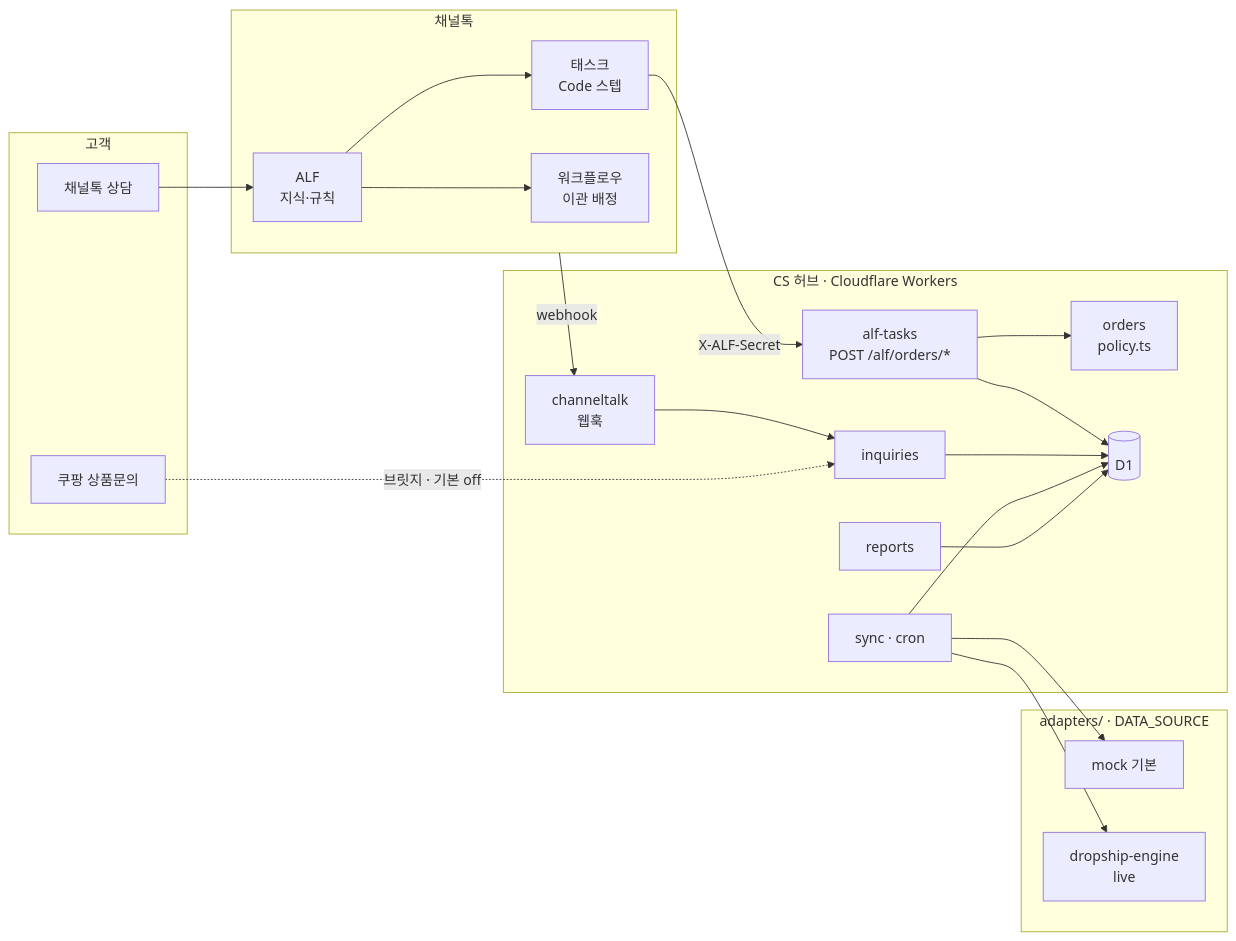
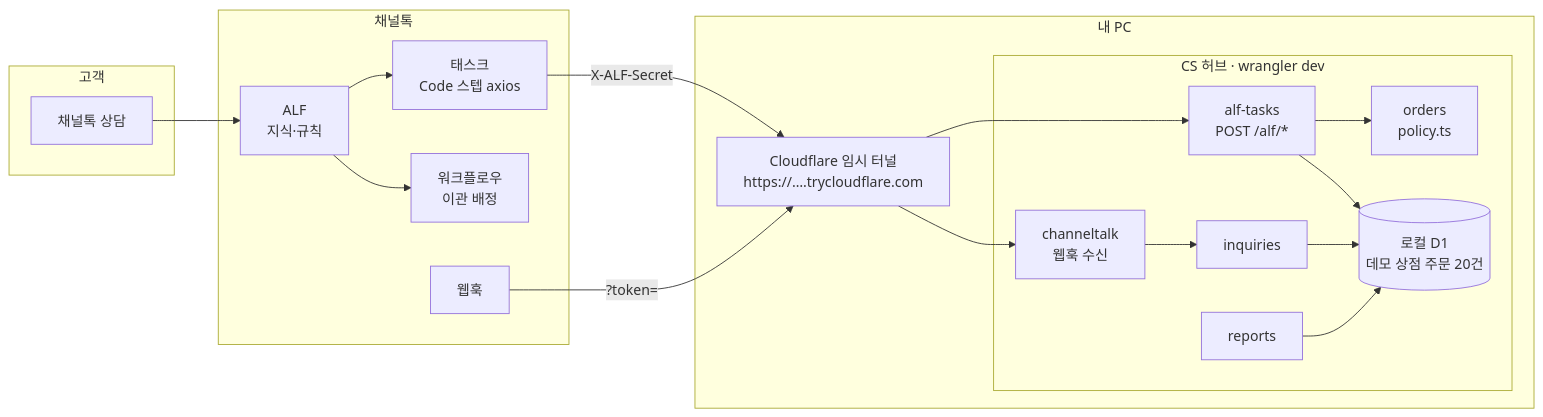
The first of 2 diagrams in README.md (lirongzzuin/ssokgolla-cs-hub), drawn with Mermaid before and after one commit. The commit also changed other lines of this file and 5 other files, not shown here.

````diff
--- a/README.md
+++ b/README.md
@@ -27,33 +30,28 @@
 ```mermaid
 flowchart LR
   subgraph Customer[고객]
     C1[채널톡 상담]
-    C2[쿠팡 상품문의]
   end
   subgraph ChannelTalk[채널톡]
     ALF[ALF<br/>지식·규칙]
-    TASK[태스크<br/>Code 스텝]
+    TASK[태스크<br/>Code 스텝 axios]
     WF[워크플로우<br/>이관 배정]
+    HOOK[웹훅]
   end
-  subgraph Hub[CS 허브 · Cloudflare Workers]
-    ALFAPI[alf-tasks<br/>POST /alf/orders/*]
-    WH[channeltalk<br/>웹훅]
-    POL[orders<br/>policy.ts]
-    INQ[inquiries]
-    REP[reports]
-    SYNC[sync · cron]
-    D1[(D1)]
+  subgraph Local[내 PC]
+    TUN[Cloudflare 임시 터널<br/>https://….trycloudflare.com]
+    subgraph Hub[CS 허브 · wrangler dev]
+      ALFAPI[alf-tasks<br/>POST /alf/*]
+      WH[channeltalk<br/>웹훅 수신]
+      POL[orders<br/>policy.ts]
+      INQ[inquiries]
+      REP[reports]
+      D1[(로컬 D1<br/>데모 상점 주문 20건)]
+    end
   end
-  subgraph Sources[adapters/ · DATA_SOURCE]
-    MOCK[mock 기본]
-    ENG[dropship-engine<br/>live]
-  end
-  C1 --> ALF --> TASK -->|X-ALF-Secret| ALFAPI --> POL
+  C1 --> ALF --> TASK -->|X-ALF-Secret| TUN --> ALFAPI --> POL
   ALFAPI --> D1
-  ChannelTalk -->|webhook| WH --> INQ --> D1
-  C2 -.->|브릿지 · 기본 off| INQ
-  SYNC --> MOCK & ENG
-  SYNC --> D1
+  HOOK -->|?token=| TUN --> WH --> INQ --> D1
   REP --> D1
   ALF --> WF
 ```
````
